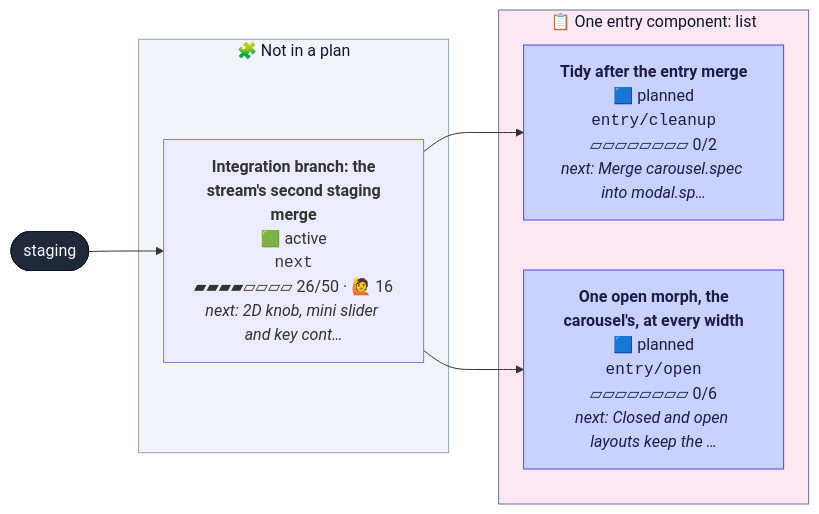
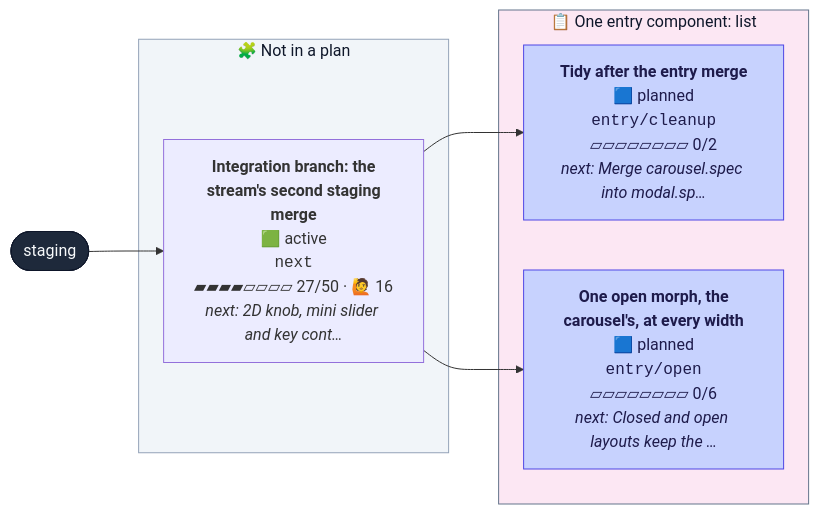
Before and after one commit to henryjonescodes/portfolio: the second of 2 diagrams in CONTRIBUTING.md, drawn with Mermaid. The commit also changed other lines of this file, not shown here.

````diff
--- a/CONTRIBUTING.md
+++ b/CONTRIBUTING.md
@@ -75,29 +72,29 @@
 ```mermaid
 flowchart LR
   n_staging([staging])
   class n_staging trunk
   subgraph plan_1["📋 One entry component: list"]
     n_entry_cleanup["<b>Tidy after the entry merge</b><br/>🟦 planned<br/><code>entry/cleanup</code><br/>▱▱▱▱▱▱▱▱ 0/2<br/><i>next: Merge carousel.spec into modal.sp…</i>"]
     class n_entry_cleanup planned
     n_entry_open["<b>One open morph, the<br/>carousel's, at every width</b><br/>🟦 planned<br/><code>entry/open</code><br/>▱▱▱▱▱▱▱▱ 0/6<br/><i>next: Closed and open layouts keep the …</i>"]
     class n_entry_open planned
   end
   style plan_1 fill:#fce7f3,stroke:#64748b,color:#0f172a
   subgraph loose["🧩 Not in a plan"]
-    n_next["<b>Integration branch: the<br/>stream's second staging<br/>merge</b><br/>🟩 active<br/><code>next</code><br/>▰▰▰▰▱▱▱▱ 26/50 · 🙋 16<br/><i>next: 2D knob, mini slider and key cont…</i>"]
+    n_next["<b>Integration branch: the<br/>stream's second staging<br/>merge</b><br/>🟩 active<br/><code>next</code><br/>▰▰▰▰▱▱▱▱ 27/50 · 🙋 16<br/><i>next: 2D knob, mini slider and key cont…</i>"]
     class n_next active,current
   end
   style loose fill:#f1f5f9,stroke:#94a3b8,color:#0f172a
   n_next --> n_entry_cleanup
   n_next --> n_entry_open
   n_staging --> n_next
   classDef merged fill:#dcfce7,stroke:#16a34a,color:#052e16
   classDef todo fill:#ffffff,stroke:#94a3b8,stroke-dasharray:2 2,color:#334155
   classDef planned fill:#c7d2fe,stroke:#4f46e5,color:#1e1b4b
   classDef sketched fill:#f8fafc,stroke:#64748b,stroke-dasharray:4 3,color:#334155
   classDef active fill:#bbf7d0,stroke:#16a34a,stroke-width:3px,color:#052e16
   classDef review fill:#fde68a,stroke:#d97706,stroke-width:3px,color:#451a03
   classDef blocked fill:#fecaca,stroke:#dc2626,stroke-width:3px,color:#450a0a
   classDef trunk fill:#1e293b,stroke:#0f172a,color:#f8fafc
   classDef current stroke:#0ea5e9,stroke-width:5px
 ```
````
